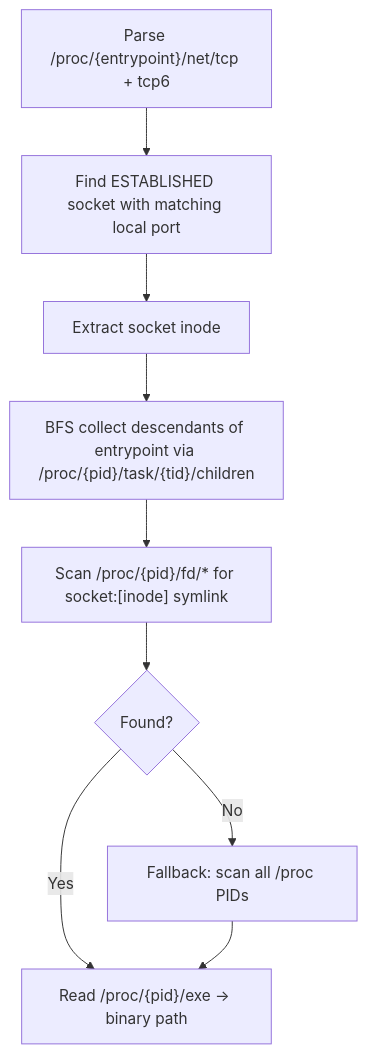
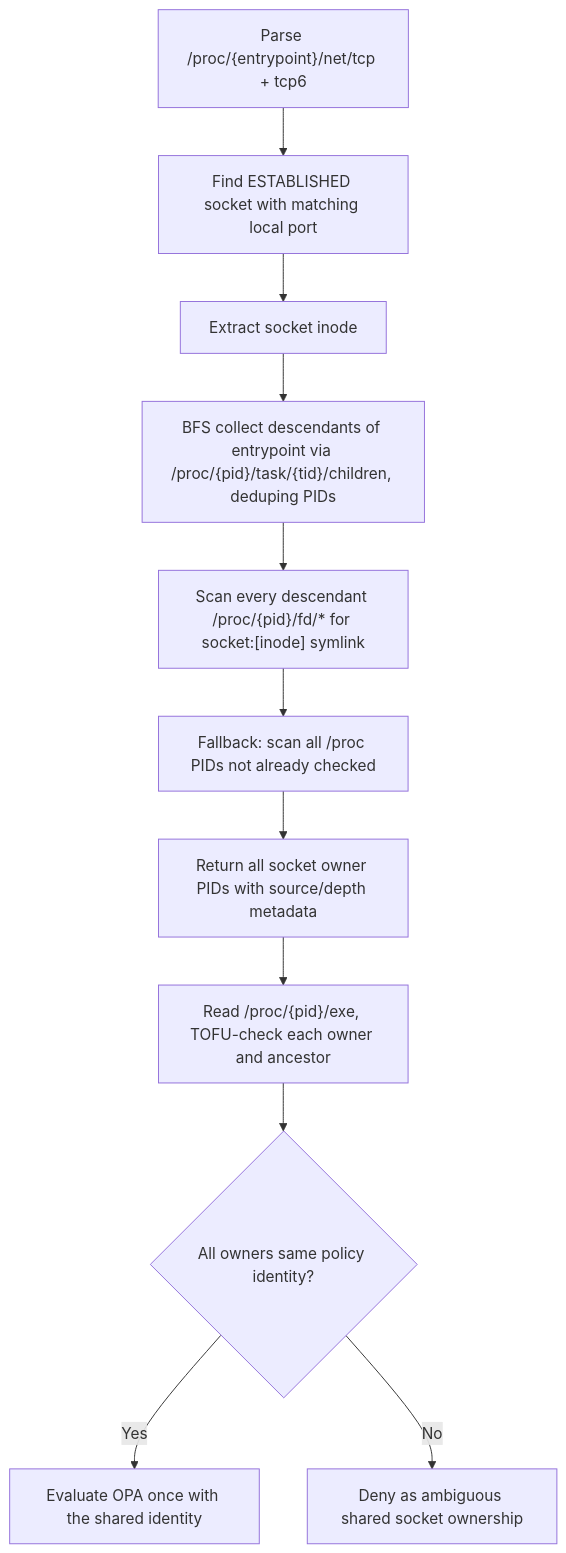
The tenth of 13 diagrams in architecture/sandbox.md (st-gr/OpenShell), drawn with Mermaid before and after one commit. The commit also changed other lines of this file and 3 other files, not shown here.

Commit message:
fix(sandbox): deny ambiguous socket ownership (#958)

````diff
--- a/architecture/sandbox.md
+++ b/architecture/sandbox.md
@@ -1270,11 +1270,13 @@
 ```mermaid
 flowchart TD
     A["Parse /proc/{entrypoint}/net/tcp + tcp6"] --> B[Find ESTABLISHED socket with matching local port]
     B --> C[Extract socket inode]
-    C --> D["BFS collect descendants of entrypoint via /proc/{pid}/task/{tid}/children"]
-    D --> E["Scan /proc/{pid}/fd/* for socket:[inode] symlink"]
-    E --> F{Found?}
-    F -- Yes --> G["Read /proc/{pid}/exe -> binary path"]
-    F -- No --> H["Fallback: scan all /proc PIDs"]
-    H --> G
+    C --> D["BFS collect descendants of entrypoint via /proc/{pid}/task/{tid}/children, deduping PIDs"]
+    D --> E["Scan every descendant /proc/{pid}/fd/* for socket:[inode] symlink"]
+    E --> F["Fallback: scan all /proc PIDs not already checked"]
+    F --> G["Return all socket owner PIDs with source/depth metadata"]
+    G --> H["Read /proc/{pid}/exe, TOFU-check each owner and ancestor"]
+    H --> I{All owners same policy identity?}
+    I -- Yes --> J["Evaluate OPA once with the shared identity"]
+    I -- No --> K["Deny as ambiguous shared socket ownership"]
 ```
````
